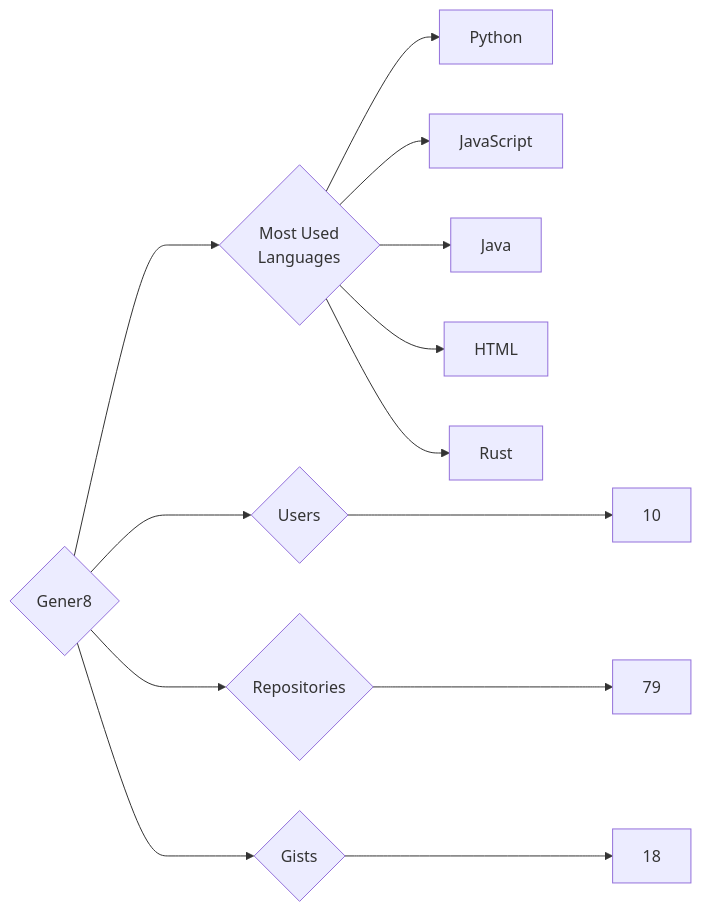
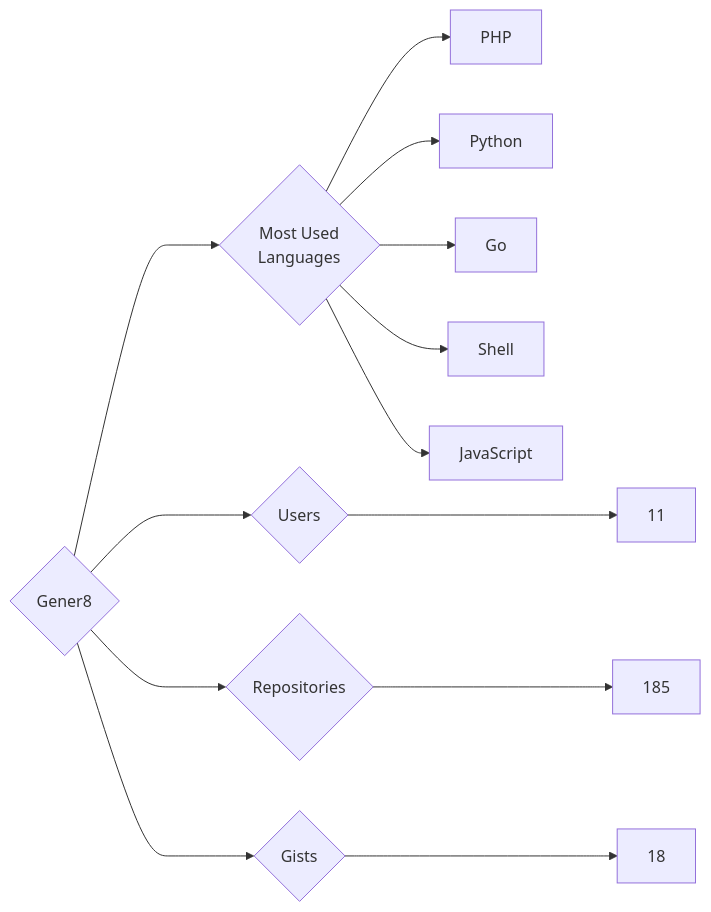
One commit to trickest/insiders changed the diagram in targets/Gener8/README.md. Above: the diagram before and after it, drawn with Mermaid. The commit also changed 899 other files, not shown here.

````diff
--- a/targets/Gener8/README.md
+++ b/targets/Gener8/README.md
@@ -3,13 +3,13 @@
 ```mermaid
 graph LR
 COMPANY_NAME{Gener8}
-COMPANY_NAME ---> U{Users} ---> UN[10]
-COMPANY_NAME ---> R{Repositories} ---> RN[79]
+COMPANY_NAME ---> U{Users} ---> UN[11]
+COMPANY_NAME ---> R{Repositories} ---> RN[185]
 COMPANY_NAME ---> G{Gists} ---> GN[18]
 COMPANY_NAME ---> ML{Most Used<br>Languages}
+ML --> PHP[PHP]
 ML --> Python[Python]
+ML --> Go[Go]
+ML --> Shell[Shell]
 ML --> JavaScript[JavaScript]
-ML --> Java[Java]
-ML --> HTML[HTML]
-ML --> Rust[Rust]
 ```
````
